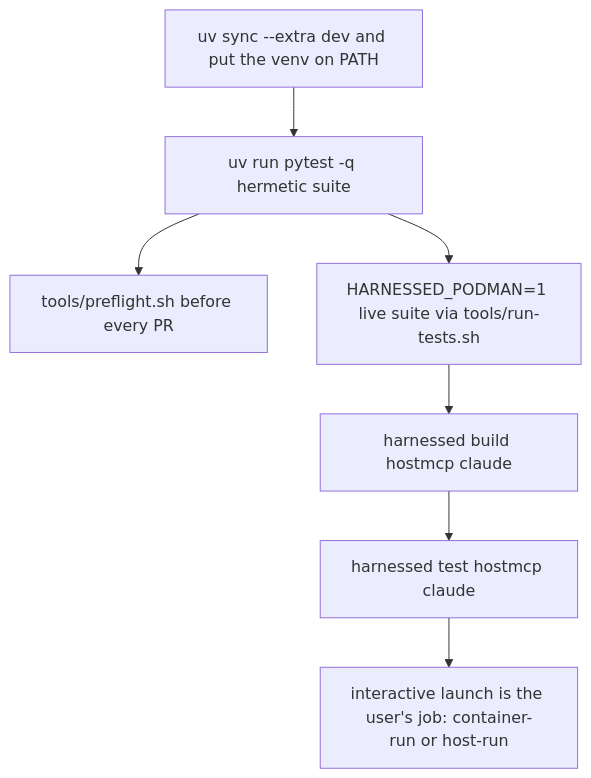
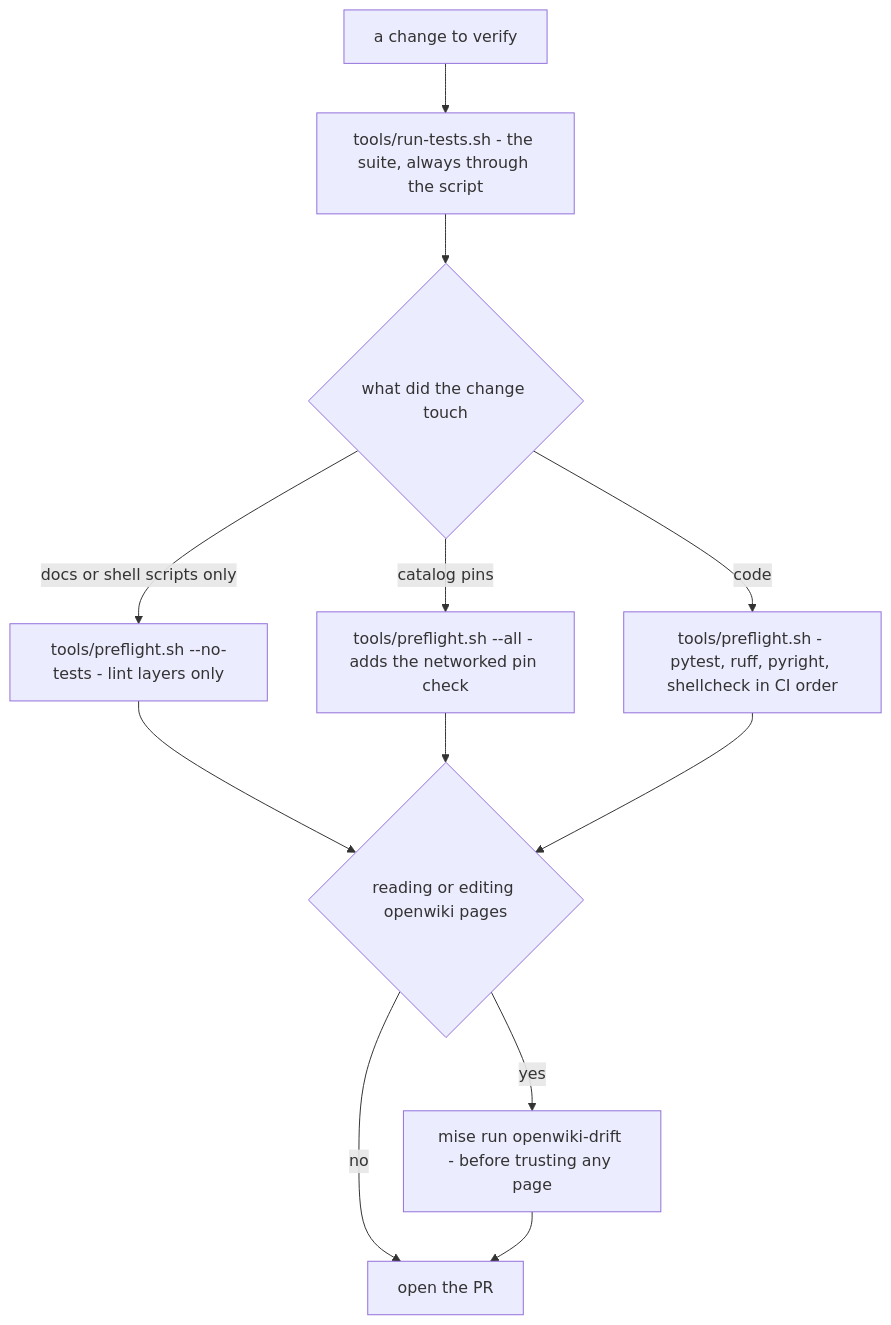
Before and after one commit to drmikecrowe/harnessed: the diagram in openwiki/quickstart.md, drawn with Mermaid. The commit also changed other lines of this file and 25 other files, not shown here.

First line of the commit message:
docs(openwiki): bank run 6's page updates

````diff
--- a/openwiki/quickstart.md
+++ b/openwiki/quickstart.md
@@ -77,9 +240,14 @@
 ```mermaid
 flowchart TD
-    setup["uv sync --extra dev and put the venv on PATH"] --> unit["uv run pytest -q hermetic suite"]
-    unit --> pre["tools/preflight.sh before every PR"]
-    unit --> live["HARNESSED_PODMAN=1 live suite via tools/run-tests.sh"]
-    live --> build["harnessed build hostmcp claude"]
-    build --> cap["harnessed test hostmcp claude"]
-    cap --> user["interactive launch is the user's job: container-run or host-run"]
+    change["a change to verify"] --> suite["tools/run-tests.sh - the suite, always through the script"]
+    suite --> what{"what did the change touch"}
+    what -->|"docs or shell scripts only"| lintonly["tools/preflight.sh --no-tests - lint layers only"]
+    what -->|"catalog pins"| allgates["tools/preflight.sh --all - adds the networked pin check"]
+    what -->|"code"| pre["tools/preflight.sh - pytest, ruff, pyright, shellcheck in CI order"]
+    lintonly --> wiki{"reading or editing openwiki pages"}
+    allgates --> wiki
+    pre --> wiki
+    wiki -->|"yes"| drift["mise run openwiki-drift - before trusting any page"]
+    wiki -->|"no"| pr["open the PR"]
+    drift --> pr
 ```
````
